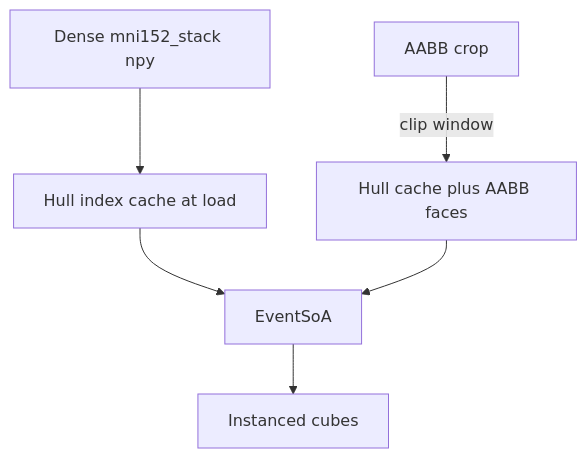
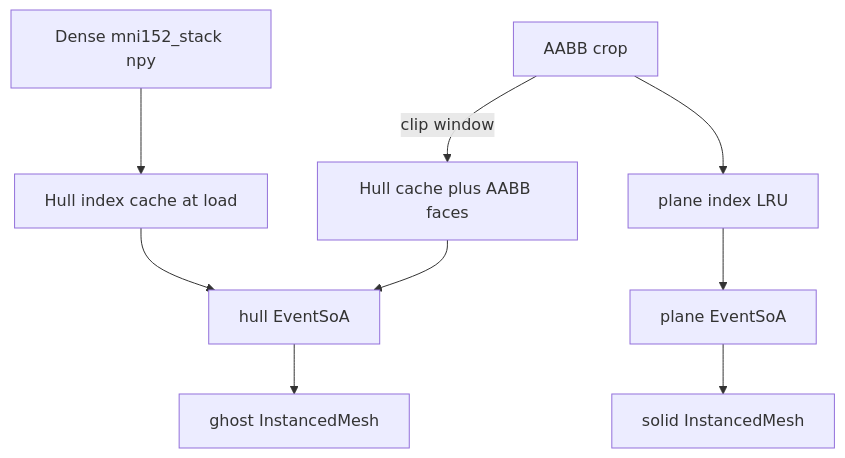
One commit to PiMaV/DONNER changed diagram 29 of 32 in architecture.md. Above: the diagram before and after it, drawn with Mermaid. The commit also changed other lines of this file and 24 other files, not shown here.

Commit message:
Ship inspect Ghost without rebuilding the hull, View Quality Low/Medium/High, count color scales, and Gap 5 so weak GPUs and MRI palettes stay in one viewer.

````diff
--- a/architecture.md
+++ b/architecture.md
@@ -960,11 +994,16 @@
 ```mermaid
 flowchart TB
   dense[Dense mni152_stack npy]
   hull[Hull index cache at load]
   aabb[AABB crop]
-  soa[EventSoA]
-  cubes[Instanced cubes]
-  dense --> hull --> soa --> cubes
+  hullSoA[hull EventSoA]
+  planeSoA[plane EventSoA]
+  cache[plane index LRU]
+  ghost[ghost InstancedMesh]
+  solid[solid InstancedMesh]
+  dense --> hull --> hullSoA --> ghost
   aabb -->|clip window| faces[Hull cache plus AABB faces]
-  faces --> soa
+  faces --> hullSoA
+  aabb --> cache
+  cache --> planeSoA --> solid
 ```
````
